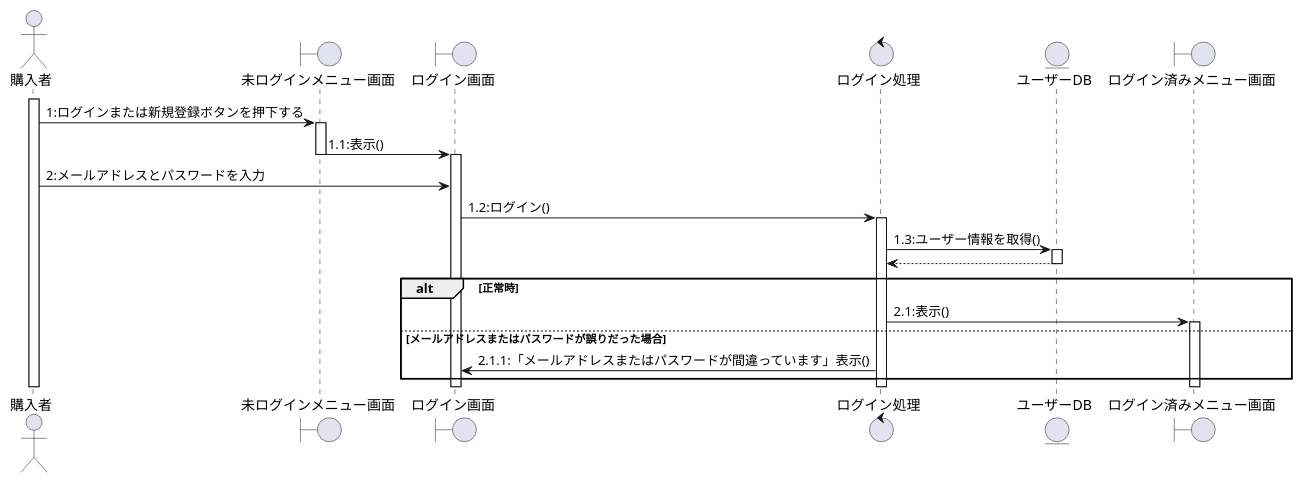
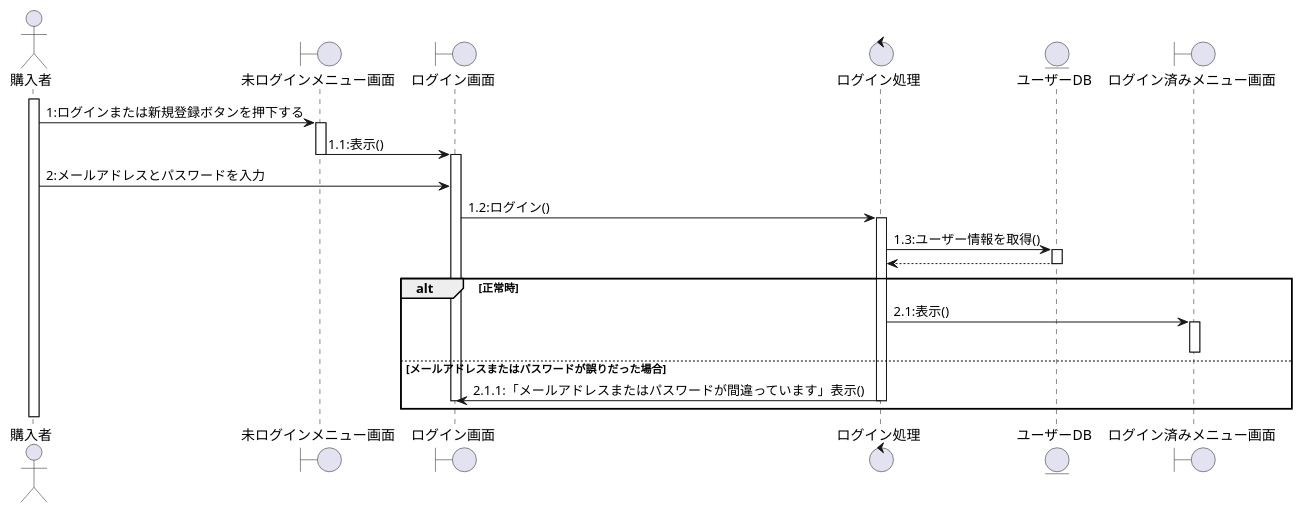
One commit to T-kouki/local-vege-link changed the diagram in シーケンス/シーケンス_購入者/ログイン.puml. Above: the diagram before and after it, drawn with PlantUML.

Commit message:
購入者_ログイン_修正

```diff
--- a/シーケンス/シーケンス_購入者/ログイン.puml
+++ b/シーケンス/シーケンス_購入者/ログイン.puml
@@ -1,29 +1,32 @@
 @startuml
 
 actor 購入者
 boundary 未ログインメニュー画面
 boundary ログイン画面
 control ログイン処理
 entity ユーザーDB
 boundary ログイン済みメニュー画面
 
 activate 購入者
 購入者 -> 未ログインメニュー画面:1:ログインまたは新規登録ボタンを押下する
 activate 未ログインメニュー画面
 未ログインメニュー画面 -> ログイン画面:1.1:表示()
 deactivate 未ログインメニュー画面
 activate ログイン画面
 購入者 -> ログイン画面:2:メールアドレスとパスワードを入力
 ログイン画面 -> ログイン処理:1.2:ログイン()
 activate ログイン処理
 ログイン処理 -> ユーザーDB:1.3:ユーザー情報を取得()
 activate ユーザーDB
 ユーザーDB --> ログイン処理:
 deactivate ユーザーDB
 alt 正常時
     ログイン処理 -> ログイン済みメニュー画面:2.1:表示()
     activate ログイン済みメニュー画面
+    deactivate ログイン済みメニュー画面
 else メールアドレスまたはパスワードが誤りだった場合
     ログイン処理 -> ログイン画面:2.1.1:「メールアドレスまたはパスワードが間違っています」表示()
+    deactivate ログイン処理
+    deactivate ログイン画面
 end
 @enduml
```
